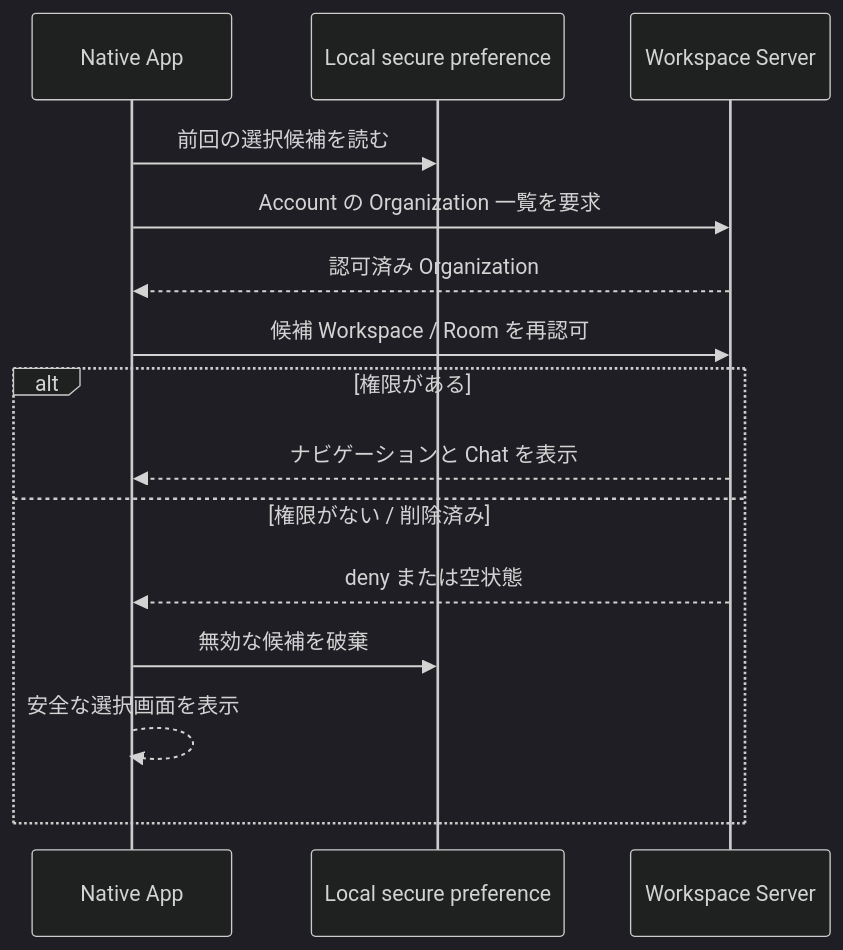
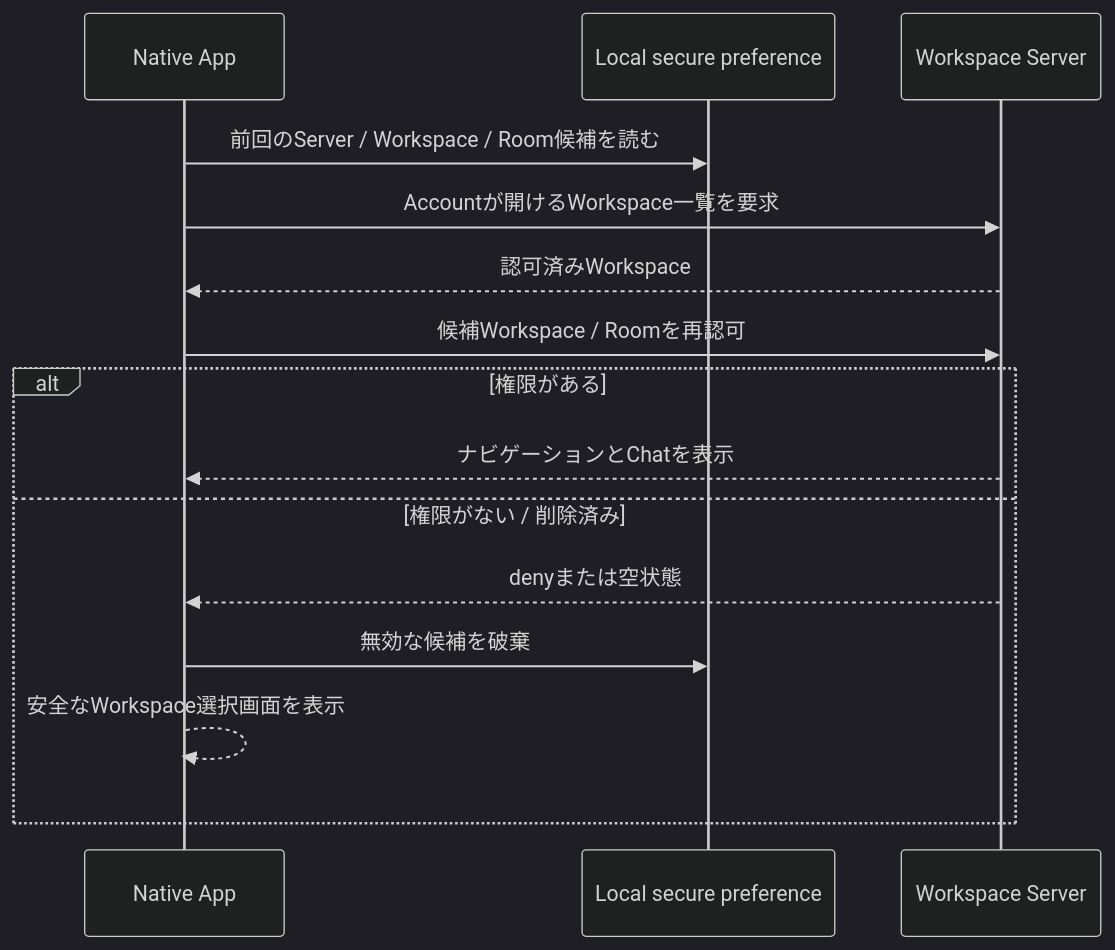
The second of 3 diagrams in docs/designs/native-app.md (Takuma-kaho/Samurai-Agent), drawn with Mermaid (dark theme) before and after one commit. The commit also changed other lines of this file and 108 other files, not shown here.

````diff
--- a/docs/designs/native-app.md
+++ b/docs/designs/native-app.md
@@ -96,18 +112,18 @@
-```mermaid
+~~~mermaid
 sequenceDiagram
   participant D as Native App
   participant L as Local secure preference
   participant S as Workspace Server
 
-  D->>L: 前回の選択候補を読む
-  D->>S: Account の Organization 一覧を要求
-  S-->>D: 認可済み Organization
-  D->>S: 候補 Workspace / Room を再認可
+  D->>L: 前回のServer / Workspace / Room候補を読む
+  D->>S: Accountが開けるWorkspace一覧を要求
+  S-->>D: 認可済みWorkspace
+  D->>S: 候補Workspace / Roomを再認可
   alt 権限がある
-    S-->>D: ナビゲーションと Chat を表示
+    S-->>D: ナビゲーションとChatを表示
   else 権限がない / 削除済み
-    S-->>D: deny または空状態
+    S-->>D: denyまたは空状態
     D->>L: 無効な候補を破棄
-    D-->>D: 安全な選択画面を表示
+    D-->>D: 安全なWorkspace選択画面を表示
   end
-```
+~~~
````
